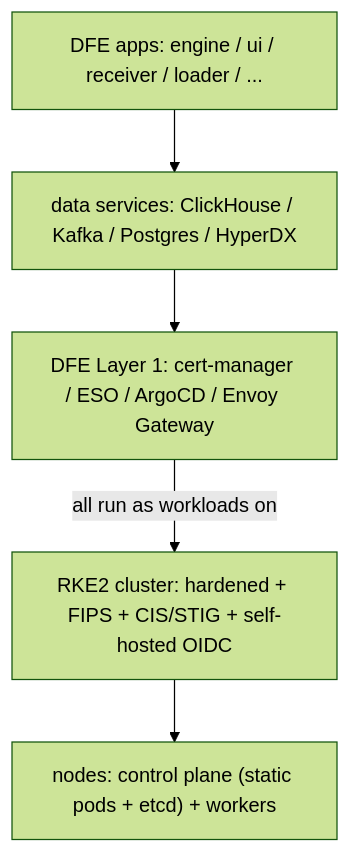
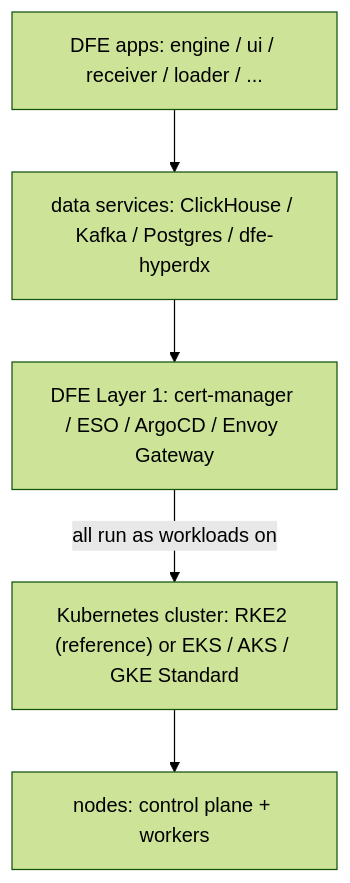
The first of 2 diagrams in docs/deployment/rke2.md (hyperi-io/dfe-infra), drawn with Mermaid (forest theme) before and after one commit. The commit also changed other lines of this file and 93 other files, not shown here.

````diff
--- a/docs/deployment/rke2.md
+++ b/docs/deployment/rke2.md
@@ -50,12 +34,12 @@
 ```mermaid
 flowchart TB
   apps["DFE apps: engine / ui / receiver / loader / ..."]
-  data["data services: ClickHouse / Kafka / Postgres / HyperDX"]
+  data["data services: ClickHouse / Kafka / Postgres / dfe-hyperdx"]
   l1["DFE Layer 1: cert-manager / ESO / ArgoCD / Envoy Gateway"]
-  rke2["RKE2 cluster: hardened + FIPS + CIS/STIG + self-hosted OIDC"]
-  nodes["nodes: control plane (static pods + etcd) + workers"]
+  rke2["Kubernetes cluster: RKE2 (reference) or EKS / AKS / GKE Standard"]
+  nodes["nodes: control plane + workers"]
   apps --> data
   data --> l1
   l1 -->|all run as workloads on| rke2
   rke2 --> nodes
 ```
````
